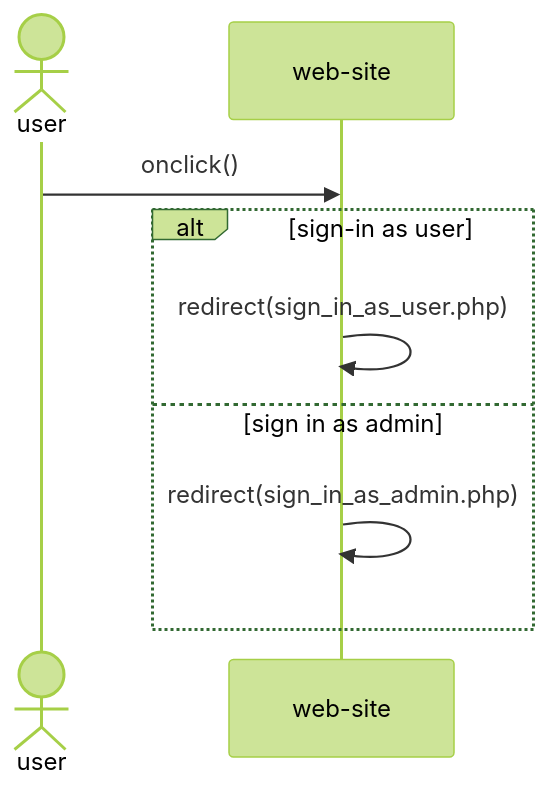
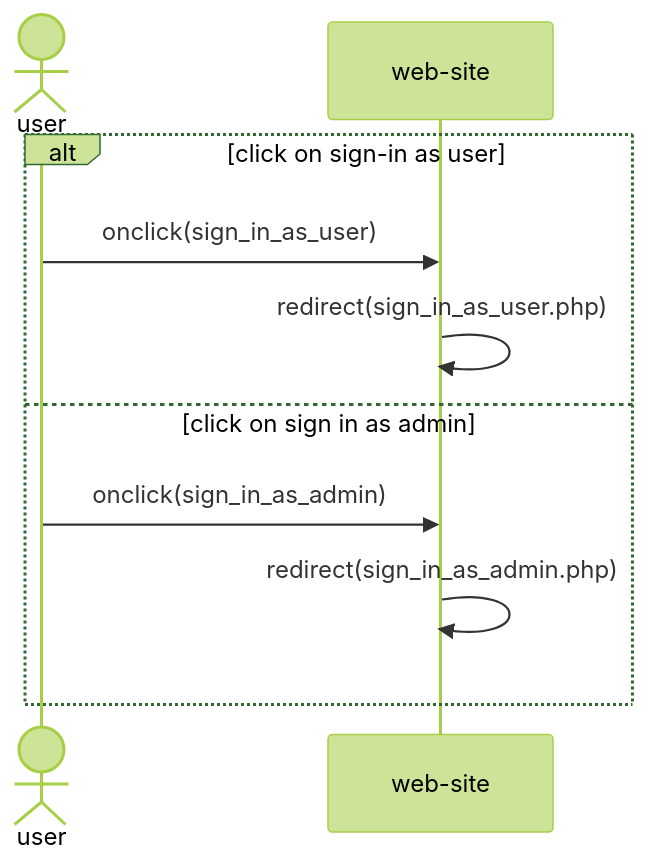
The second of 2 diagrams in diagrams/login/sign-in.md (idlli/E-Campus), drawn with Mermaid (forest theme) before and after one commit.

````diff
--- a/diagrams/login/sign-in.md
+++ b/diagrams/login/sign-in.md
@@ -11,11 +11,12 @@
 ```mermaid
 sequenceDiagram
     actor user
     participant site as web-site
-    user ->> site : onclick()
-    alt sign-in as user
+    alt click on sign-in as user
+        user ->> site : onclick(sign_in_as_user)
         site ->> site : redirect(sign_in_as_user.php)
-    else sign in as admin
+    else click on sign in as admin
+        user ->> site : onclick(sign_in_as_admin)
         site ->> site : redirect(sign_in_as_admin.php)
     end
 ```
````
